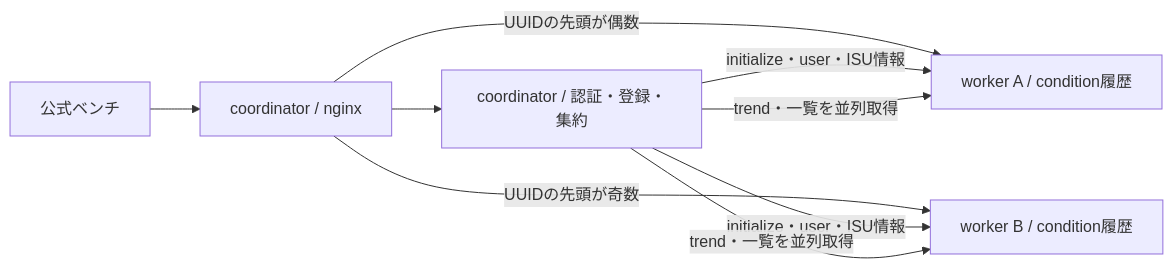
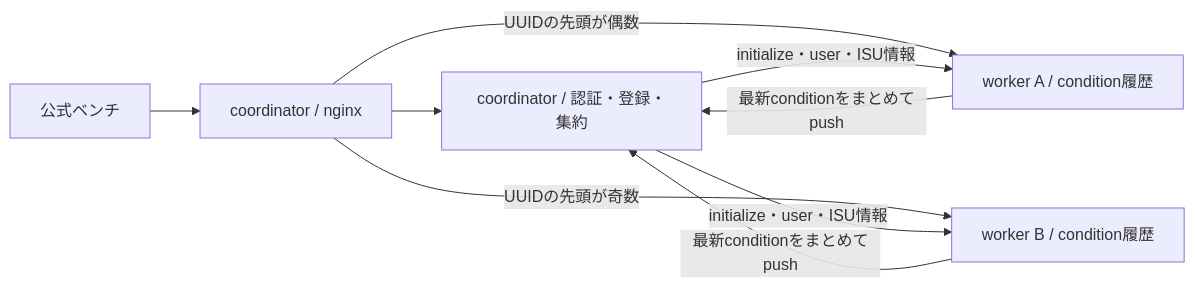
Before and after one commit to pikachu0310/traP-isucon-workshop: the first of 3 diagrams in docs/text/chapter-6/3-ThreeServers.md, drawn with Mermaid. The commit also changed other lines of this file and 7 other files, not shown here.

````diff
--- a/docs/text/chapter-6/3-ThreeServers.md
+++ b/docs/text/chapter-6/3-ThreeServers.md
@@ -11,11 +11,11 @@
 ```mermaid
 flowchart LR
     B["公式ベンチ"] --> N["coordinator / nginx"]
     N --> C["coordinator / 認証・登録・集約"]
     N -->|"UUIDの先頭が偶数"| A["worker A / condition履歴"]
     N -->|"UUIDの先頭が奇数"| D["worker B / condition履歴"]
     C -->|"initialize・user・ISU情報"| A
     C -->|"initialize・user・ISU情報"| D
-    C -->|"trend・一覧を並列取得"| A
-    C -->|"trend・一覧を並列取得"| D
+    A -->|"最新conditionをまとめてpush"| C
+    D -->|"最新conditionをまとめてpush"| C
 ```
````
